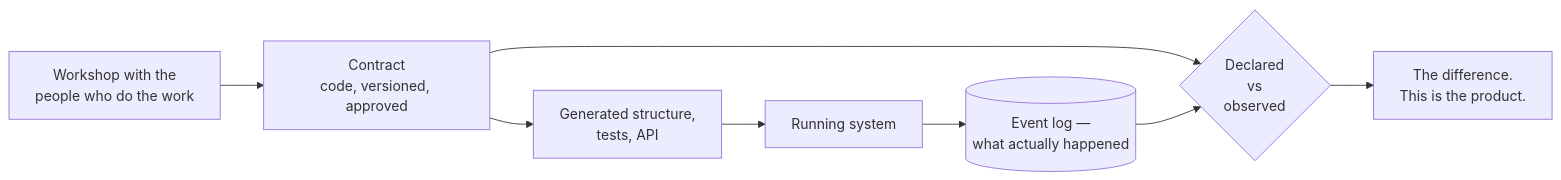
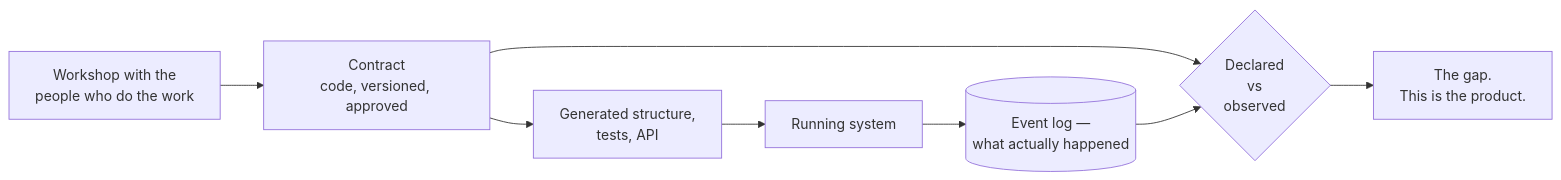
The diagram in README.md (EmpoweredHouse/ehos_contract), drawn with Mermaid before and after one commit. The commit also changed other lines of this file, not shown here.

````diff
--- a/README.md
+++ b/README.md
@@ -27,10 +28,10 @@
 ```mermaid
 flowchart LR
     W["Workshop with the<br/>people who do the work"] --> C["Contract<br/>code, versioned, approved"]
     C --> G["Generated structure,<br/>tests, API"]
     G --> R["Running system"]
     R --> L[("Event log —<br/>what actually happened")]
     C --> D{"Declared<br/>vs<br/>observed"}
     L --> D
-    D --> P["The difference.<br/>This is the product."]
+    D --> P["The gap.<br/>This is the product."]
 ```
````
